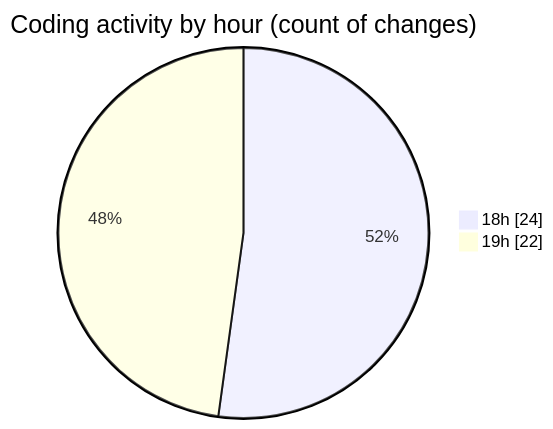
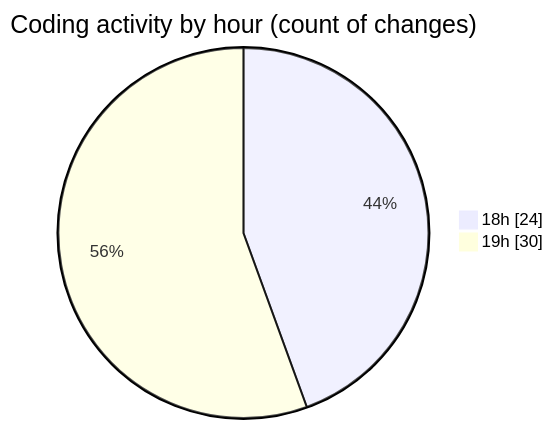
One commit to Netris89/code-tracking changed the second of 2 diagrams in 2025-04-21/echo/README.md. Above: the diagram before and after it, drawn with Mermaid. The commit also changed other lines of this file and 1 other file, not shown here.

````diff
--- a/2025-04-21/echo/README.md
+++ b/2025-04-21/echo/README.md
@@ -36,6 +36,6 @@
 ```mermaid
 pie showData
 title Coding activity by hour (count of changes)
 "18h" : 24
-"19h" : 22
+"19h" : 30
 ```
````
